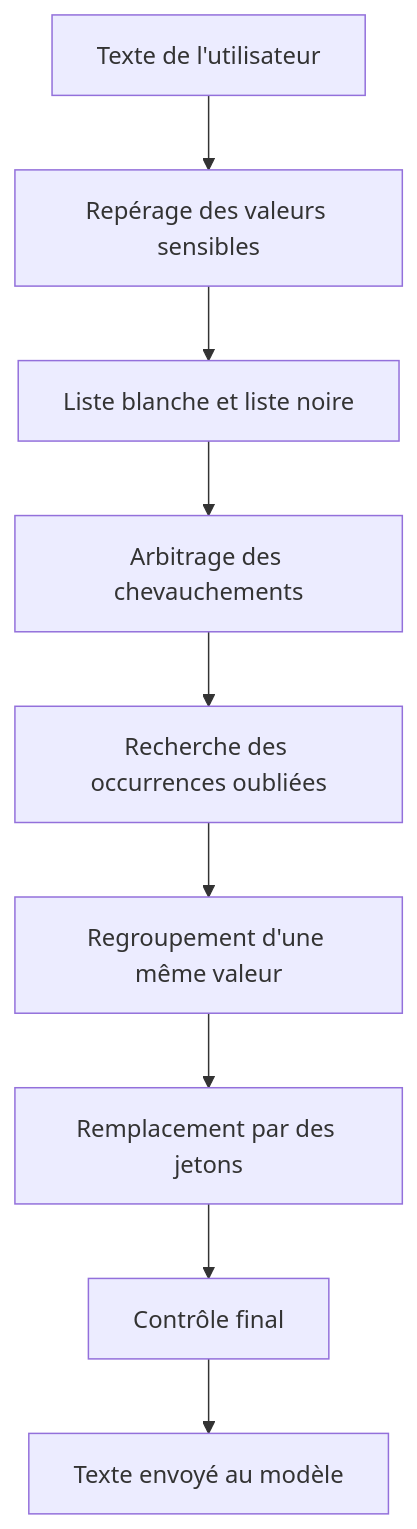
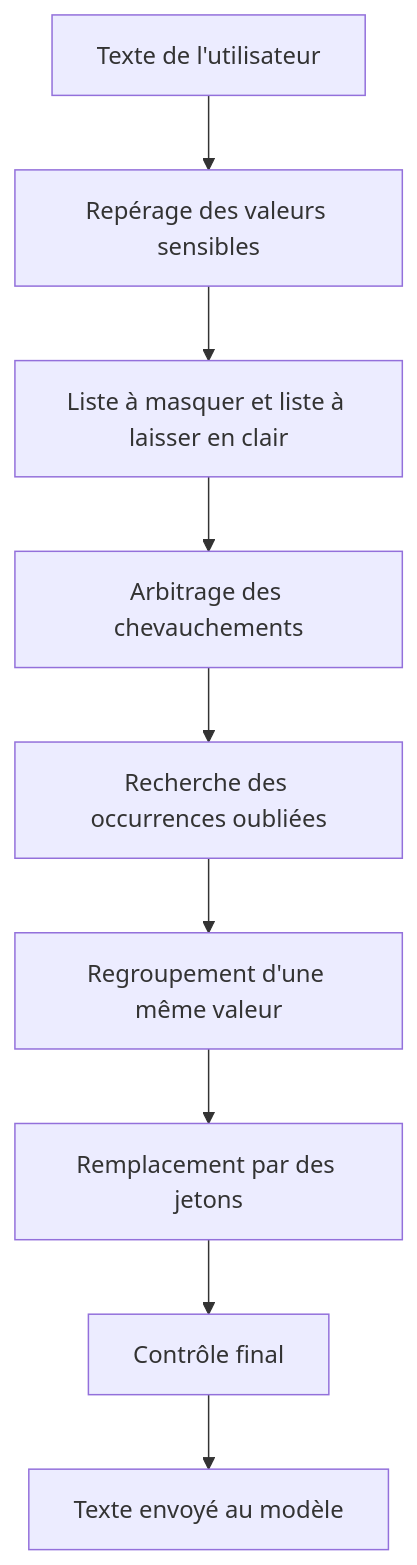
The diagram in openwiki/fr/processes/protect-a-message.md (Athroniaeth/piighost), drawn with Mermaid before and after one commit. The commit also changed other lines of this file and 24 other files, not shown here.

````diff
--- a/openwiki/fr/processes/protect-a-message.md
+++ b/openwiki/fr/processes/protect-a-message.md
@@ -64,11 +64,11 @@
 ```mermaid
 flowchart TD
     A["Texte de l'utilisateur"] --> B["Repérage des valeurs sensibles"]
-    B --> C["Liste blanche et liste noire"]
+    B --> C["Liste à masquer et liste à laisser en clair"]
     C --> D["Arbitrage des chevauchements"]
     D --> E["Recherche des occurrences oubliées"]
     E --> F["Regroupement d'une même valeur"]
     F --> G["Remplacement par des jetons"]
     G --> H["Contrôle final"]
     H --> I["Texte envoyé au modèle"]
 ```
````
